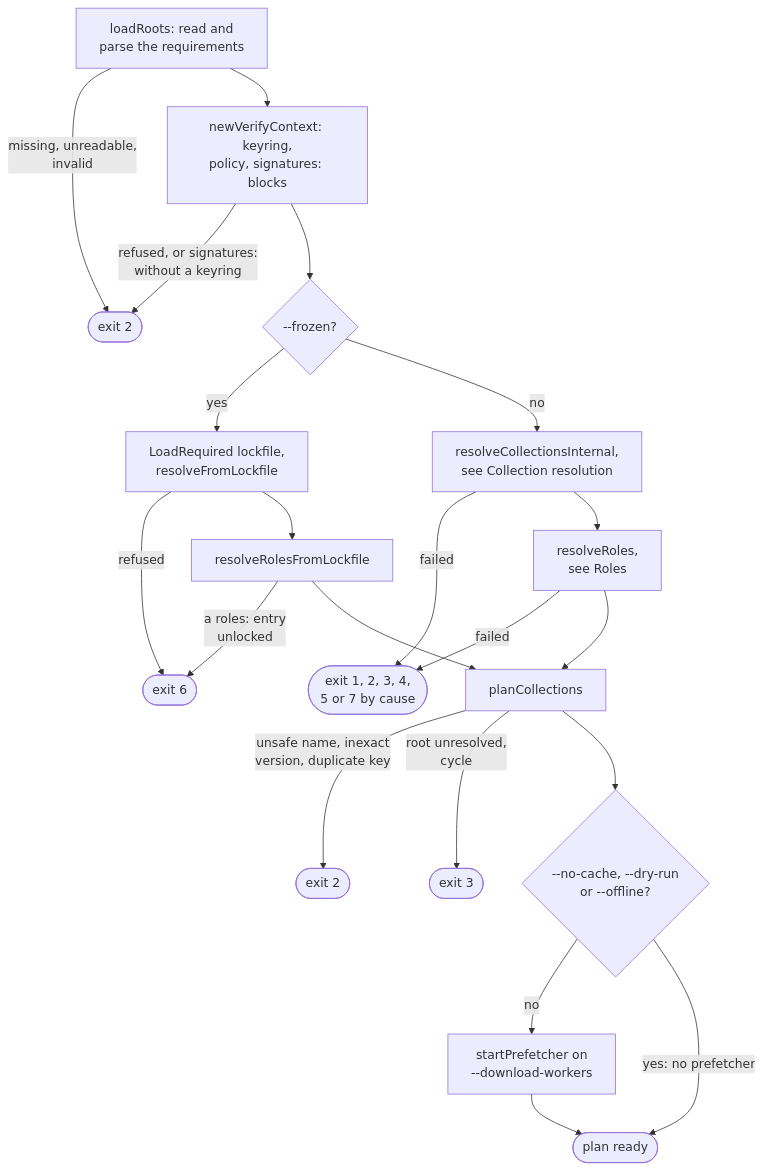
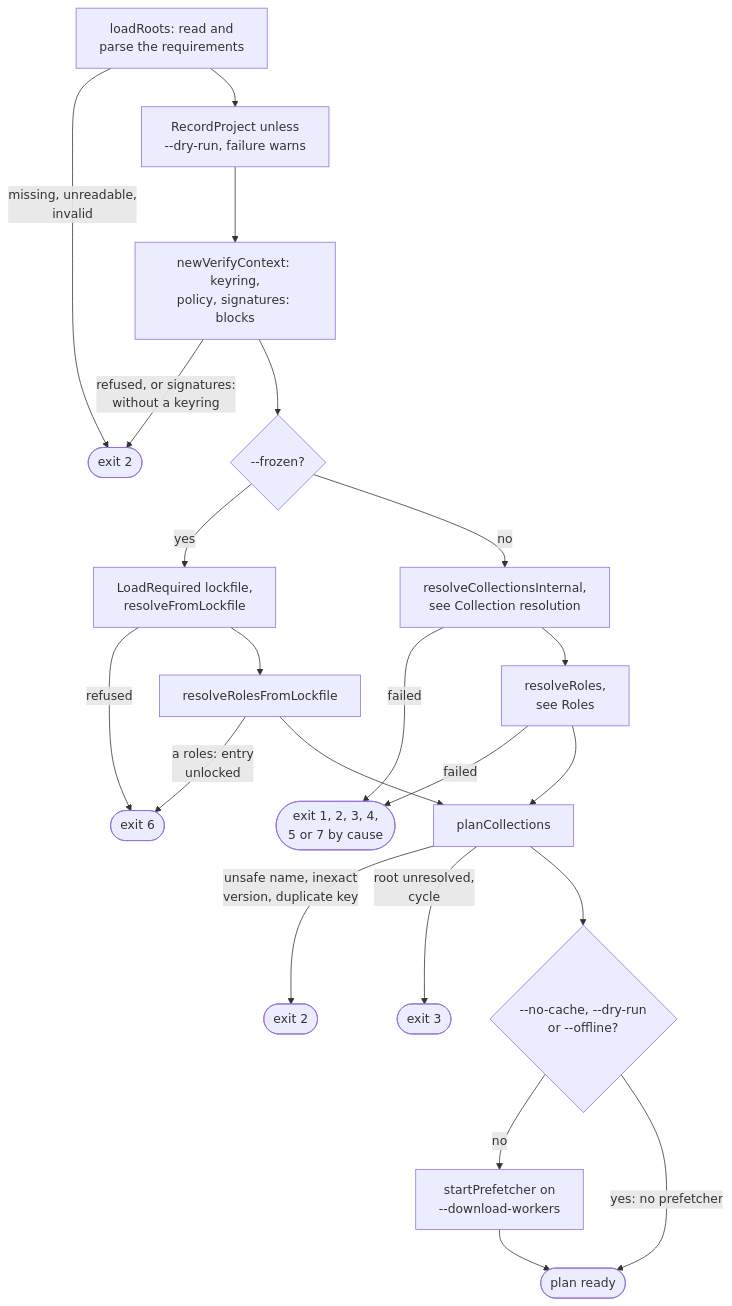
Before and after one commit to greeddj/go-galaxy: the second of 7 diagrams in docs/internals/flow-install.md, drawn with Mermaid. The commit also changed other lines of this file and 17 other files, not shown here.

````diff
--- a/docs/internals/flow-install.md
+++ b/docs/internals/flow-install.md
@@ -42,23 +42,24 @@
 ```mermaid
 flowchart TD
   P1["loadRoots: read and<br/>parse the requirements"] -->|"missing, unreadable,<br/>invalid"| PX2(["exit 2"])
-  P1 --> P2["newVerifyContext: keyring,<br/>policy, signatures: blocks"]
+  P1 --> P1R["RecordProject unless<br/>--dry-run, failure warns"]
+  P1R --> P2["newVerifyContext: keyring,<br/>policy, signatures: blocks"]
   P2 -->|"refused, or signatures:<br/>without a keyring"| PX2
   P2 --> P3{"--frozen?"}
   P3 -->|"yes"| P4["LoadRequired lockfile,<br/>resolveFromLockfile"]
   P4 -->|"refused"| PX6(["exit 6"])
   P4 --> P6["resolveRolesFromLockfile"]
   P6 -->|"a roles: entry<br/>unlocked"| PX6
   P3 -->|"no"| P5["resolveCollectionsInternal,<br/>see Collection resolution"]
   P5 -->|"failed"| PXR(["exit 1, 2, 3, 4,<br/>5 or 7 by cause"])
   P5 --> P7["resolveRoles,<br/>see Roles"]
   P7 -->|"failed"| PXR
   P6 --> P8["planCollections"]
   P7 --> P8
   P8 -->|"unsafe name, inexact<br/>version, duplicate key"| PX2B(["exit 2"])
   P8 -->|"root unresolved,<br/>cycle"| PX3(["exit 3"])
   P8 --> P9{"--no-cache, --dry-run<br/>or --offline?"}
   P9 -->|"no"| P10["startPrefetcher on<br/>--download-workers"]
   P9 -->|"yes: no prefetcher"| P11(["plan ready"])
   P10 --> P11
 ```
````
